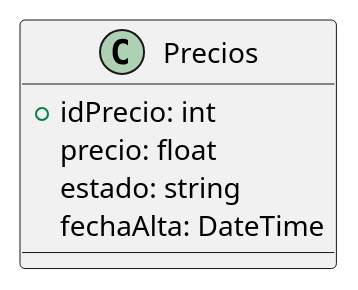
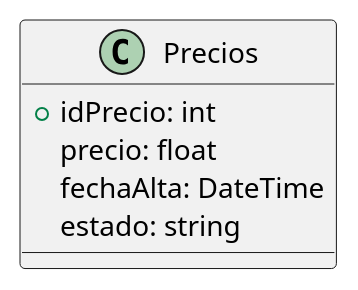
One commit to ZMGestion/DocumentacionZMGestion changed the diagram in DiagramaClases/Clases/Precios.puml. Above: the diagram before and after it, drawn with PlantUML. The commit also changed other lines of this file and 21 other files, not shown here.

Commit message:
Cambios en atributos y metodos diagrama de clases

```diff
--- a/DiagramaClases/Clases/Precios.puml
+++ b/DiagramaClases/Clases/Precios.puml
@@ -1,8 +1,8 @@
 @startuml Precios
 class Precios{
     +idPrecio: int
     precio: float
+    fechaAlta: DateTime
     estado: string
-    fechaAlta: DateTime
 }
 @enduml
```
